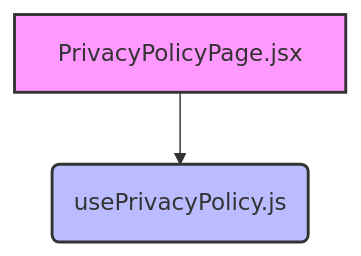
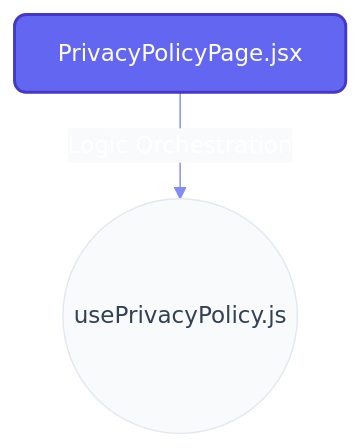
The second of 2 diagrams in src/features/content/README.md (nexowebai/nexo-superadmin), drawn with Mermaid before and after one commit. The commit also changed other lines of this file and 16 other files, not shown here.

````diff
--- a/src/features/content/README.md
+++ b/src/features/content/README.md
@@ -20,10 +25,11 @@
 ```mermaid
+%%{init: {'theme': 'base', 'themeVariables': { 'primaryColor': '#6366f1', 'primaryTextColor': '#fff', 'primaryBorderColor': '#4338ca', 'lineColor': '#818cf8', 'secondaryColor': '#f8fafc', 'tertiaryColor': '#e2e8f0'}}}%%
 graph TD
-    classDef page fill:#f9f,stroke:#333,stroke-width:2px;
-    classDef hook fill:#bbf,stroke:#333,stroke-width:2px;
-    classDef service fill:#bfb,stroke:#333,stroke-width:2px;
+    classDef page fill:#6366f1,stroke:#4338ca,stroke-width:2px,color:#fff,rx:8,ry:8;
+    classDef hook fill:#f8fafc,stroke:#e2e8f0,stroke-width:1px,color:#334155,rx:20,ry:20;
+    classDef service fill:#1e293b,stroke:#0f172a,stroke-width:2px,color:#f8fafc,rx:4,ry:4;
 
     PrivacyPolicyPage[PrivacyPolicyPage.jsx]:::page
-    PrivacyPolicyPage --> usePrivacyPolicy
-    usePrivacyPolicy(usePrivacyPolicy.js):::hook
+    PrivacyPolicyPage --"Logic Orchestration"--> usePrivacyPolicy
+    usePrivacyPolicy((usePrivacyPolicy.js)):::hook
 ```
````
